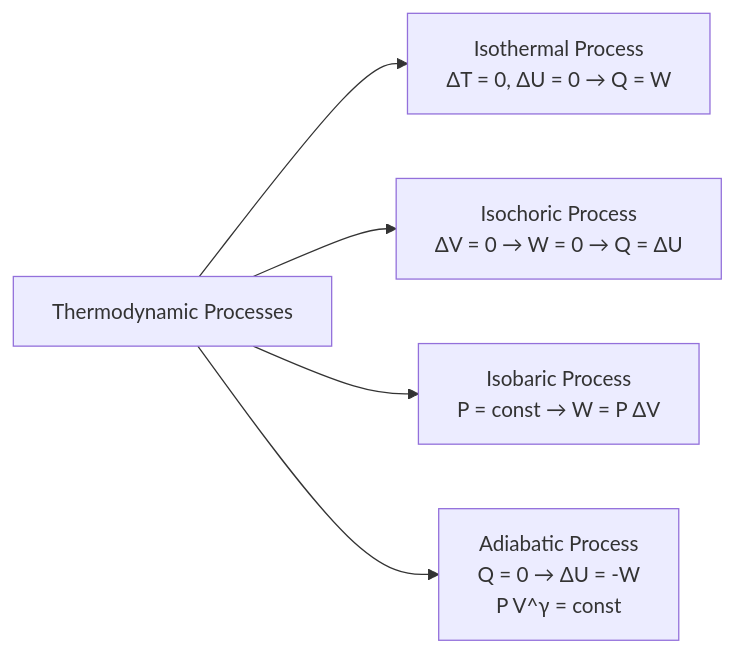
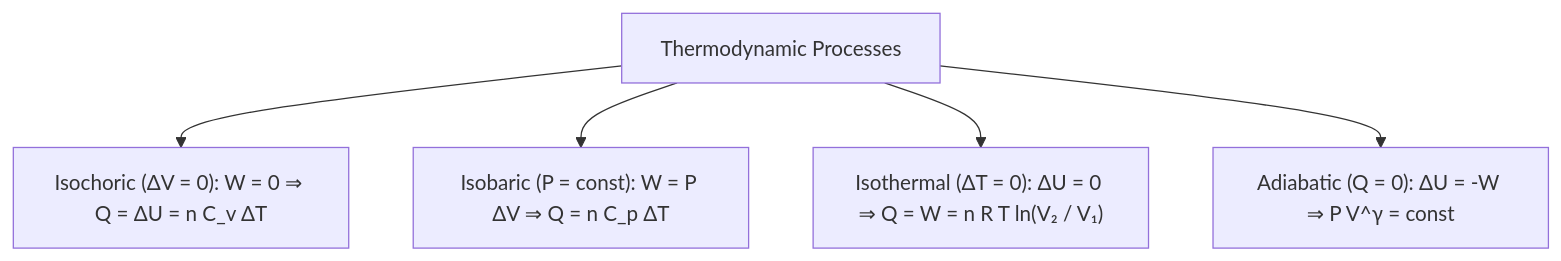
One commit to zenyyxz/Zen_dx-Notes changed the sixth of 6 diagrams in 02 - Physics/Lesson 04 - Thermal Physics.md. Above: the diagram before and after it, drawn with Mermaid. The commit also changed other lines of this file and 5 other files, not shown here.

````diff
--- a/02 - Physics/Lesson 04 - Thermal Physics.md
+++ b/02 - Physics/Lesson 04 - Thermal Physics.md
@@ -41,7 +218,7 @@
 ```mermaid
-graph LR
-    Processes["Thermodynamic Processes"] --> IsoT["Isothermal Process<br>ΔT = 0, ΔU = 0 → Q = W"]
-    Processes --> IsoV["Isochoric Process<br>ΔV = 0 → W = 0 → Q = ΔU"]
-    Processes --> IsoP["Isobaric Process<br>P = const → W = P ΔV"]
-    Processes --> Adia["Adiabatic Process<br>Q = 0 → ΔU = -W<br>P V^γ = const"]
+graph TD
+    ThermoProc["Thermodynamic Processes"] --> Isochoric["Isochoric (ΔV = 0): W = 0 ⇒ Q = ΔU = n C_v ΔT"]
+    ThermoProc --> Isobaric["Isobaric (P = const): W = P ΔV ⇒ Q = n C_p ΔT"]
+    ThermoProc --> Isothermal["Isothermal (ΔT = 0): ΔU = 0 ⇒ Q = W = n R T ln(V₂ / V₁)"]
+    ThermoProc --> Adiabatic["Adiabatic (Q = 0): ΔU = -W ⇒ P V^γ = const"]
 ```
````
